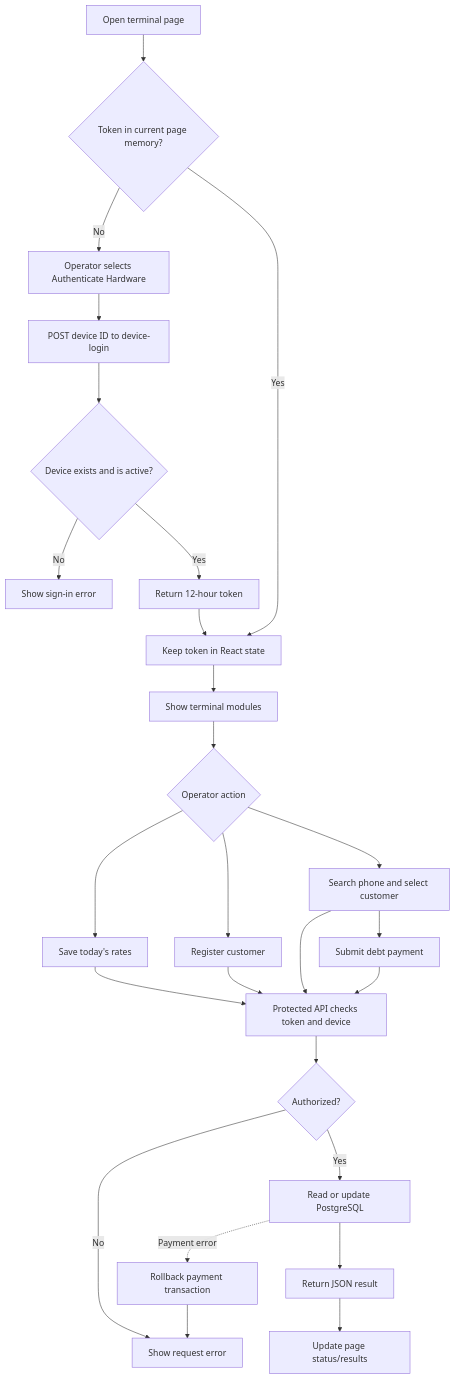
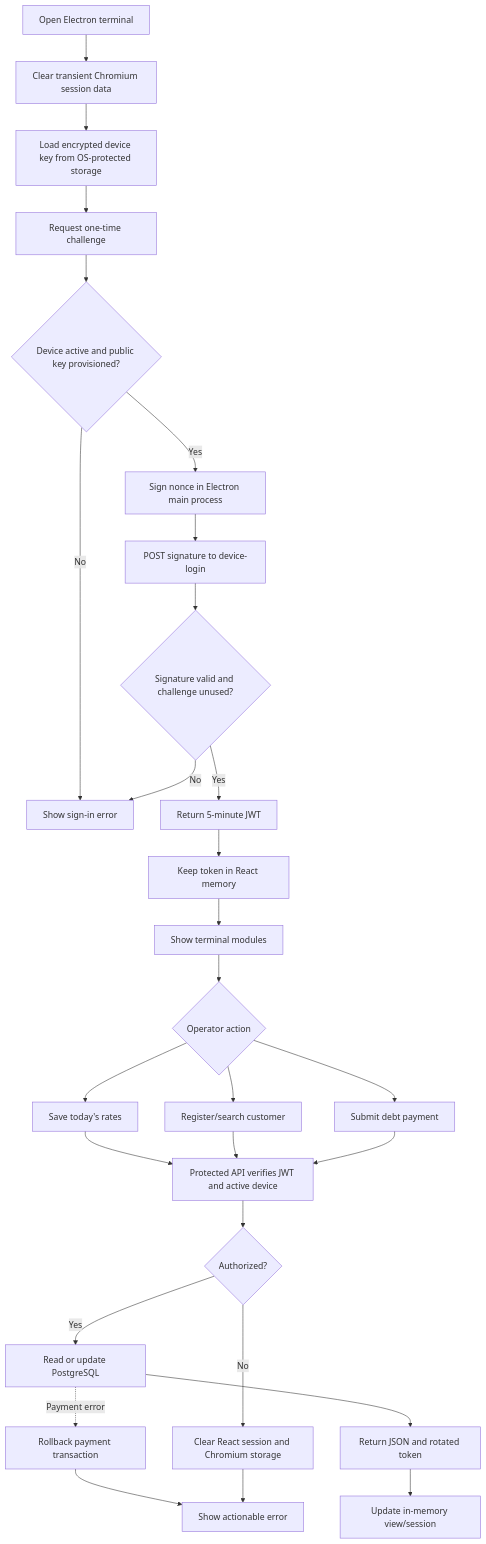
Before and after one commit to Varshihihihi21/gold_system: the diagram in docs/diagrams/main_flow.mmd, drawn with Mermaid. The commit also changed 73 other files, not shown here.

```diff
--- a/docs/diagrams/main_flow.mmd
+++ b/docs/diagrams/main_flow.mmd
@@ -1,26 +1,28 @@
 flowchart TD
-    A[Open terminal page] --> B{Token in current page memory?}
-    B -- No --> C[Operator selects Authenticate Hardware]
-    C --> D[POST device ID to device-login]
-    D --> E{Device exists and is active?}
+    A[Open Electron terminal] --> B[Clear transient Chromium session data]
+    B --> C[Load encrypted device key from OS-protected storage]
+    C --> D[Request one-time challenge]
+    D --> E{Device active and public key provisioned?}
     E -- No --> F[Show sign-in error]
-    E -- Yes --> G[Return 12-hour token]
-    G --> H[Keep token in React state]
-    B -- Yes --> H
-    H --> I[Show terminal modules]
-    I --> J{Operator action}
-    J --> K[Save today's rates]
-    J --> L[Register customer]
-    J --> M[Search phone and select customer]
-    M --> N[Submit debt payment]
-    K --> O[Protected API checks token and device]
-    L --> O
-    M --> O
-    N --> O
-    O --> P{Authorized?}
-    P -- No --> Q[Show request error]
-    P -- Yes --> R[Read or update PostgreSQL]
-    R --> S[Return JSON result]
-    S --> T[Update page status/results]
-    R -. Payment error .-> U[Rollback payment transaction]
-    U --> Q
+    E -- Yes --> G[Sign nonce in Electron main process]
+    G --> H[POST signature to device-login]
+    H --> I{Signature valid and challenge unused?}
+    I -- No --> F
+    I -- Yes --> J[Return 5-minute JWT]
+    J --> K[Keep token in React memory]
+    K --> L[Show terminal modules]
+    L --> M{Operator action}
+    M --> N[Save today's rates]
+    M --> O[Register/search customer]
+    M --> P[Submit debt payment]
+    N --> Q[Protected API verifies JWT and active device]
+    O --> Q
+    P --> Q
+    Q --> R{Authorized?}
+    R -- No --> S[Clear React session and Chromium storage]
+    R -- Yes --> T[Read or update PostgreSQL]
+    T --> U[Return JSON and rotated token]
+    U --> V[Update in-memory view/session]
+    T -. Payment error .-> W[Rollback payment transaction]
+    W --> X[Show actionable error]
+    S --> X
```
